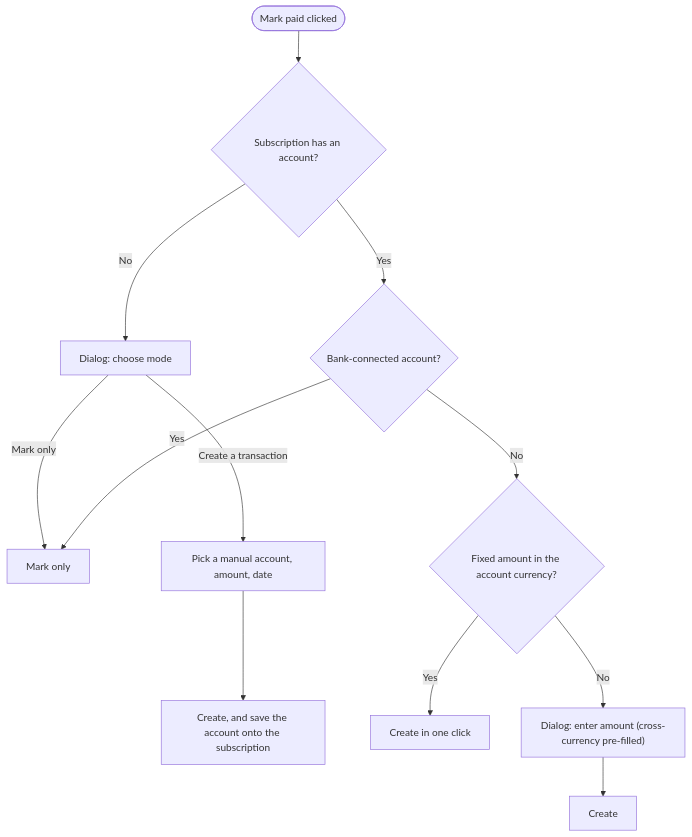
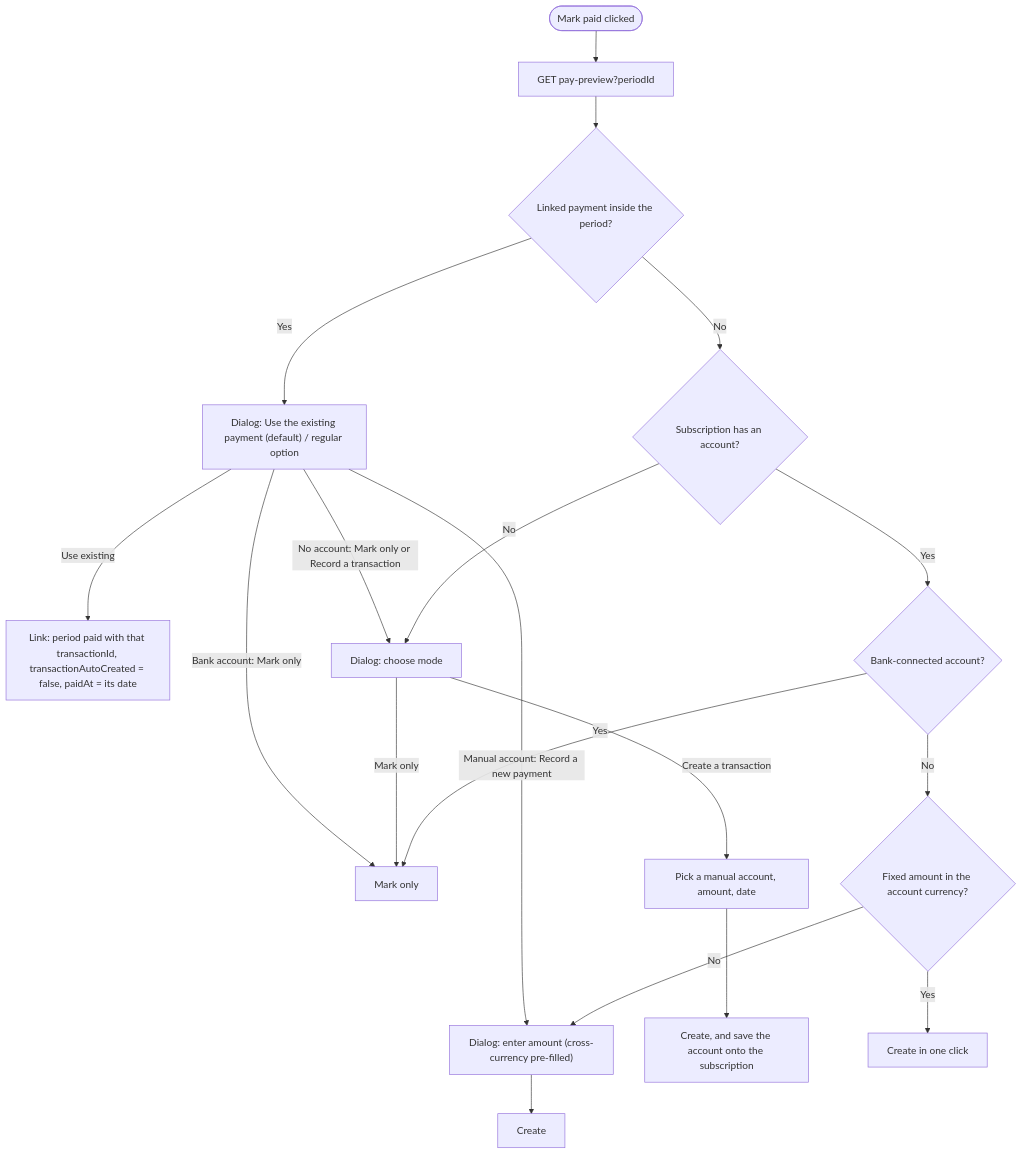
One commit to letehaha/moneymatter changed the first of 3 diagrams in docs/subscription-payment-flows.md. Above: the diagram before and after it, drawn with Mermaid. The commit also changed other lines of this file and 10 other files, not shown here.

First line of the commit message:
fix: offer linked payment instead of duplicating on mark paid

````diff
--- a/docs/subscription-payment-flows.md
+++ b/docs/subscription-payment-flows.md
@@ -28,14 +32,21 @@
 ```mermaid
 flowchart TD
-    Start(["Mark paid clicked"]) --> HasAcc{"Subscription has an account?"}
+    Start(["Mark paid clicked"]) --> Preview["GET pay-preview?periodId"]
+    Preview --> HasLinked{"Linked payment inside the period?"}
+    HasLinked -->|Yes| ChoiceDialog["Dialog: Use the existing payment (default) / regular option"]
+    ChoiceDialog -->|Use existing| LinkMode["Link: period paid with that transactionId, transactionAutoCreated = false, paidAt = its date"]
+    ChoiceDialog -->|No account: Mark only or Record a transaction| ModeDialog
+    ChoiceDialog -->|Bank account: Mark only| MarkOnly
+    ChoiceDialog -->|Manual account: Record a new payment| AmountDialog
+    HasLinked -->|No| HasAcc{"Subscription has an account?"}
     HasAcc -->|No| ModeDialog["Dialog: choose mode"]
     ModeDialog -->|Mark only| MarkOnly["Mark only"]
     ModeDialog -->|Create a transaction| Pick["Pick a manual account, amount, date"]
     Pick --> CreateLink["Create, and save the account onto the subscription"]
     HasAcc -->|Yes| IsBank{"Bank-connected account?"}
     IsBank -->|Yes| MarkOnly
     IsBank -->|No| Fixed{"Fixed amount in the account currency?"}
     Fixed -->|Yes| OneClick["Create in one click"]
     Fixed -->|No| AmountDialog["Dialog: enter amount (cross-currency pre-filled)"]
     AmountDialog --> CreateTx["Create"]
 ```
````
